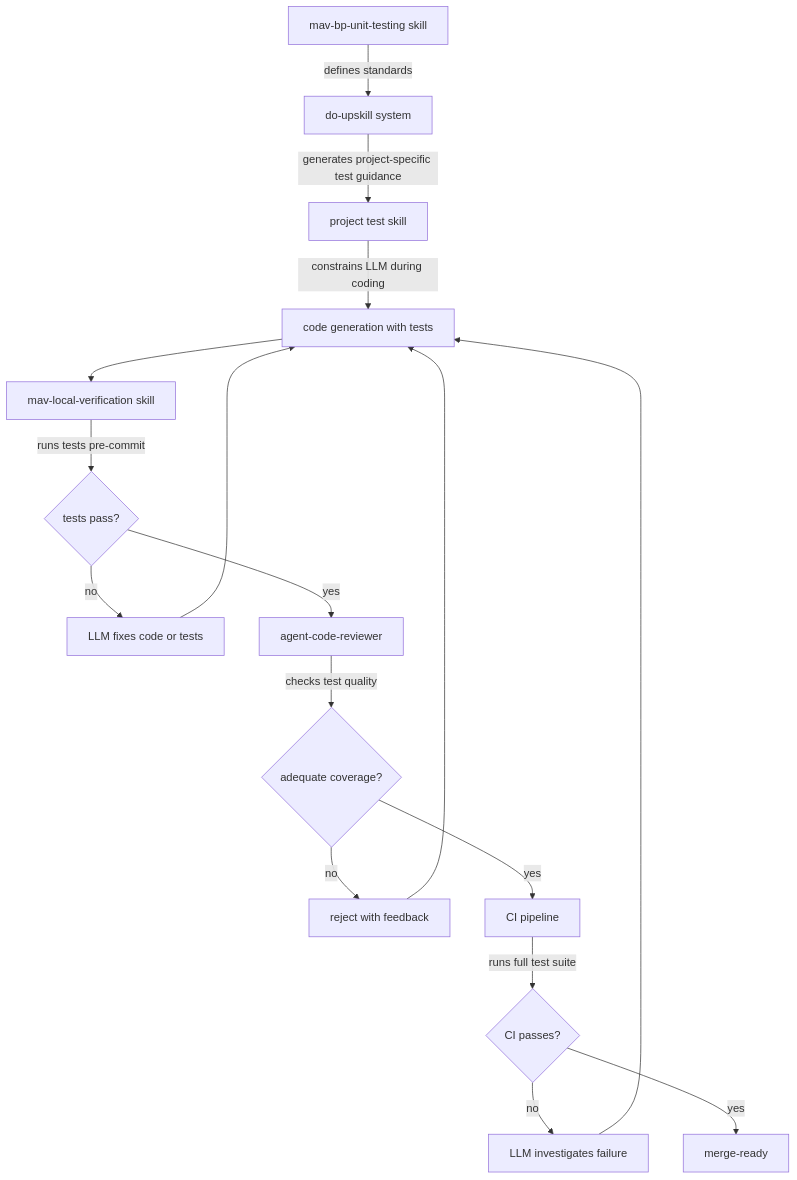
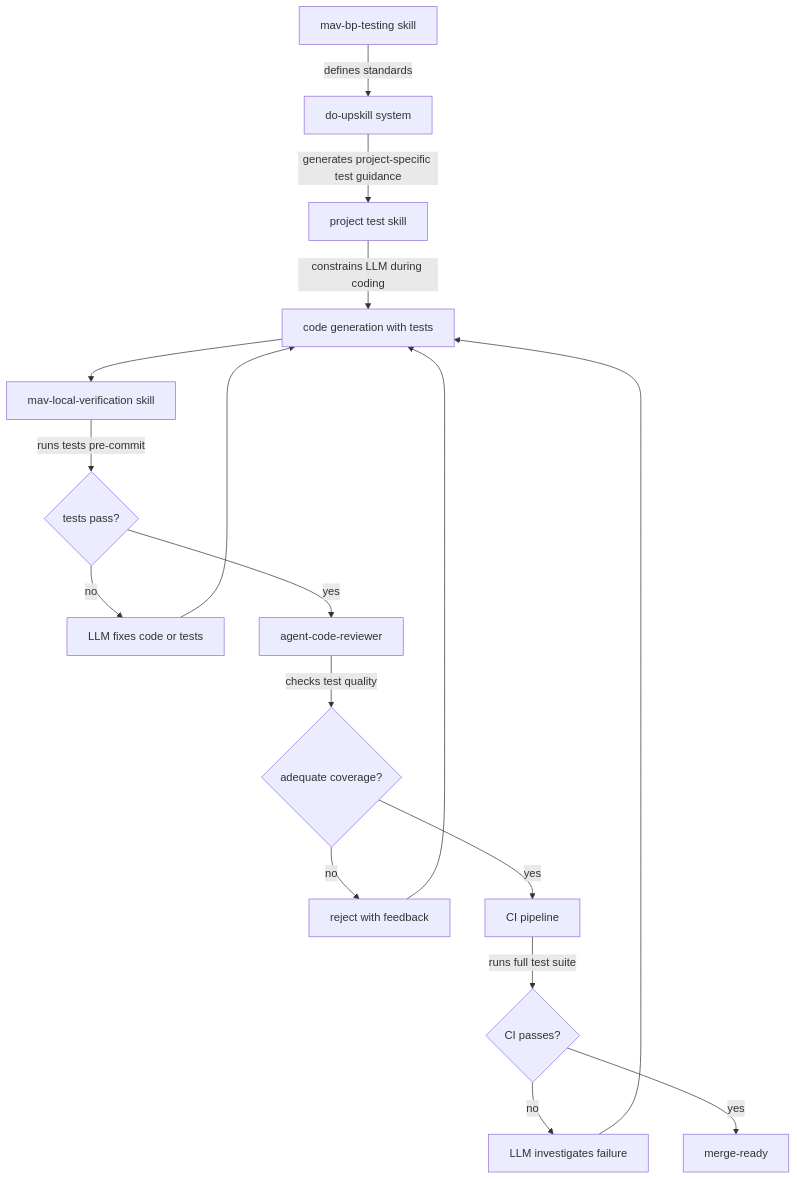
The diagram in docs/standards-and-practices/comprehensive-testing.md (thermiteau/maverick), drawn with Mermaid before and after one commit. The commit also changed other lines of this file and 203 other files, not shown here.

````diff
--- a/docs/standards-and-practices/comprehensive-testing.md
+++ b/docs/standards-and-practices/comprehensive-testing.md
@@ -55,20 +58,20 @@
 ```mermaid
 flowchart TD
-    A[mav-bp-unit-testing skill] -->|defines standards| B[do-upskill system]
+    A[mav-bp-testing skill] -->|defines standards| B[do-upskill system]
     B -->|generates project-specific test guidance| C[project test skill]
     C -->|constrains LLM during coding| D[code generation with tests]
 
     D --> F[mav-local-verification skill]
     F -->|runs tests pre-commit| G{tests pass?}
     G -->|no| H[LLM fixes code or tests]
     H --> D
     G -->|yes| I[agent-code-reviewer]
     I -->|checks test quality| J{adequate coverage?}
     J -->|no| K[reject with feedback]
     K --> D
     J -->|yes| L[CI pipeline]
     L -->|runs full test suite| M{CI passes?}
     M -->|no| N[LLM investigates failure]
     N --> D
     M -->|yes| O[merge-ready]
 ```
````
